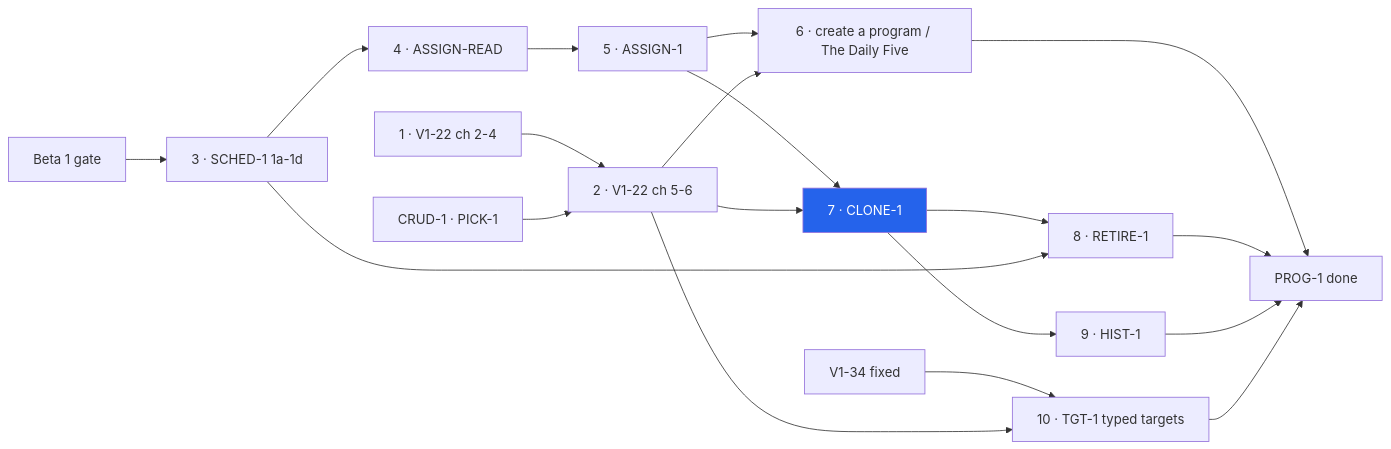
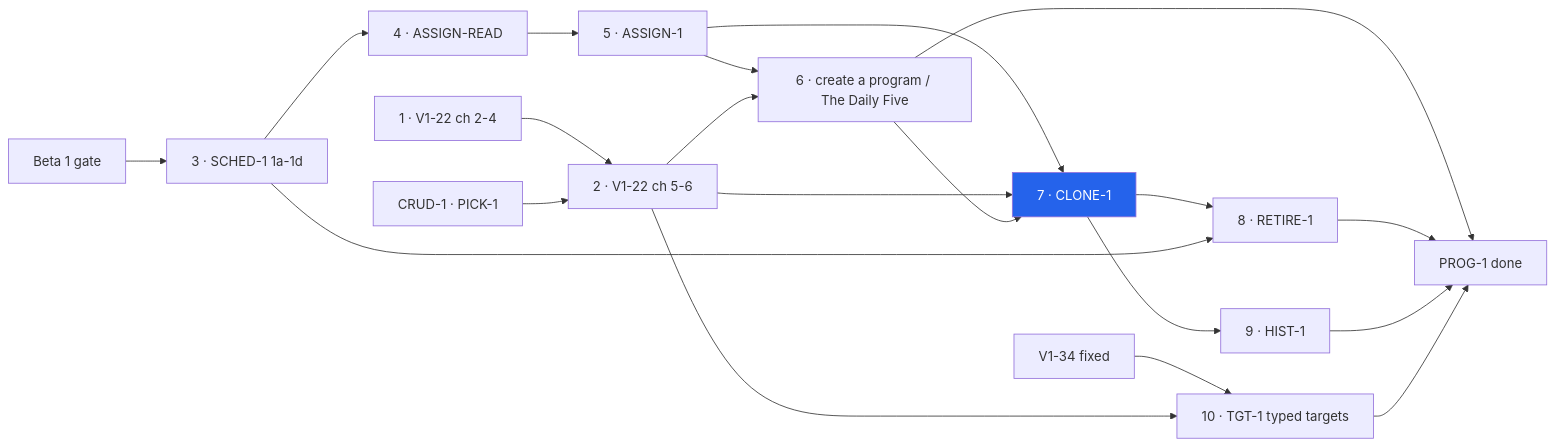
Before and after one commit to ralamode/mat-plan: the first of 2 diagrams in docs/plans/clone-1-save-as-copy.md, drawn with Mermaid. The commit also changed other lines of this file and 10 other files, not shown here.

````diff
--- a/docs/plans/clone-1-save-as-copy.md
+++ b/docs/plans/clone-1-save-as-copy.md
@@ -78,22 +90,23 @@
 ```mermaid
 flowchart LR
   V2[1 · V1-22 ch 2-4] --> V6[2 · V1-22 ch 5-6]
   K1[CRUD-1 · PICK-1] --> V6
   G[Beta 1 gate] --> S
   S[3 · SCHED-1 1a-1d] --> AR[4 · ASSIGN-READ]
   AR --> AS[5 · ASSIGN-1]
   AS --> NP[6 · create a program / The Daily Five]
   V6 --> NP
   AS --> CL[7 · CLONE-1]
   V6 --> CL
+  NP --> CL
   CL --> RT[8 · RETIRE-1]
   S --> RT
   CL --> HI[9 · HIST-1]
   V34[V1-34 fixed] --> TG
   V6 --> TG[10 · TGT-1 typed targets]
   NP --> X[PROG-1 done]
   RT --> X
   HI --> X
   TG --> X
   style CL fill:#2563eb,color:#fff
 ```
````
